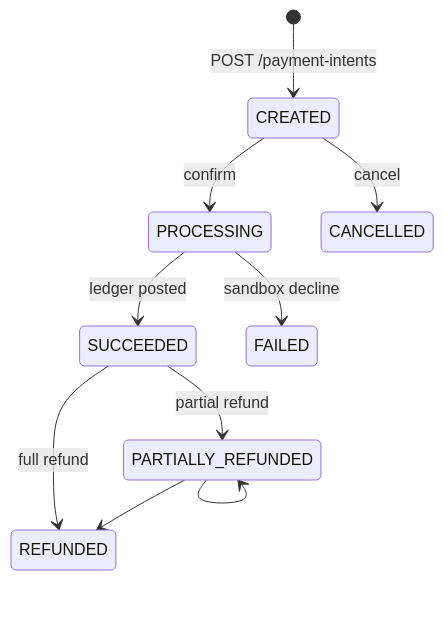
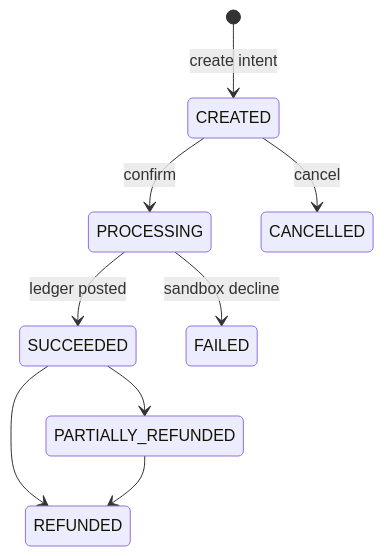
Before and after one commit to 10k11/ledgerforge: the second of 2 diagrams in README.md, drawn with Mermaid. The commit also changed other lines of this file and 18 other files, not shown here.

````diff
--- a/README.md
+++ b/README.md
@@ -189,12 +187,11 @@
 ```mermaid
 stateDiagram-v2
-  [*] --> CREATED: POST /payment-intents
+  [*] --> CREATED: create intent
   CREATED --> PROCESSING: confirm
   CREATED --> CANCELLED: cancel
   PROCESSING --> SUCCEEDED: ledger posted
   PROCESSING --> FAILED: sandbox decline
-  SUCCEEDED --> PARTIALLY_REFUNDED: partial refund
-  SUCCEEDED --> REFUNDED: full refund
-  PARTIALLY_REFUNDED --> PARTIALLY_REFUNDED
+  SUCCEEDED --> PARTIALLY_REFUNDED
+  SUCCEEDED --> REFUNDED
   PARTIALLY_REFUNDED --> REFUNDED
 ```
````
